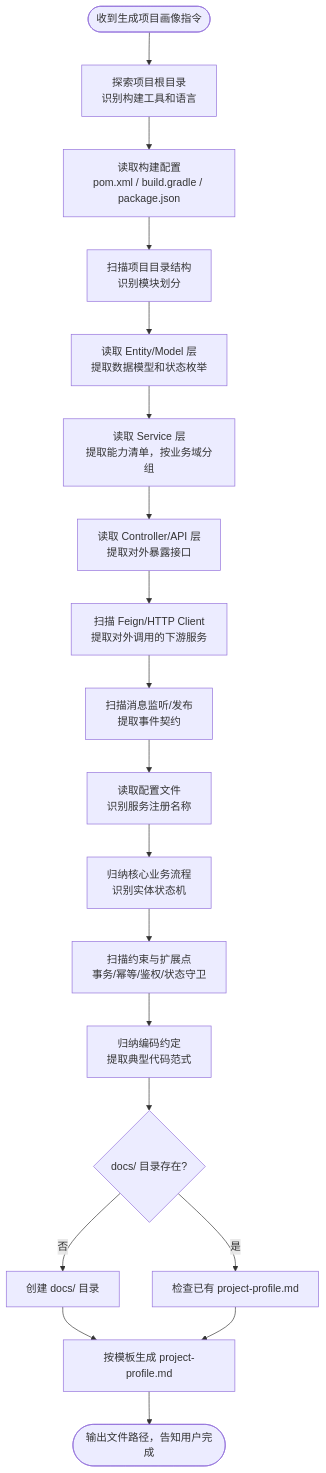
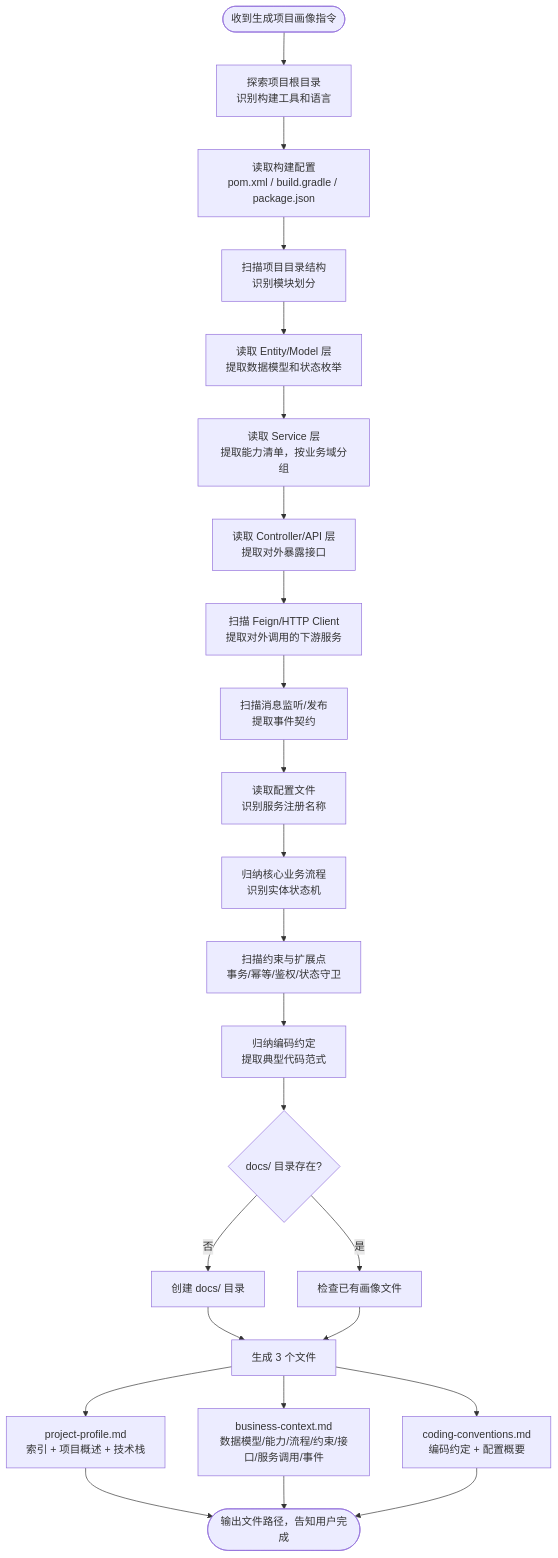
One commit to exception-coder/team-standards changed the diagram in skills/generate-project-profile/SKILL.md. Above: the diagram before and after it, drawn with Mermaid.

Commit message:
chore(standards): auto-sync skills/generate-project-profile/SKILL.md

````diff
--- a/skills/generate-project-profile/SKILL.md
+++ b/skills/generate-project-profile/SKILL.md
@@ -44,21 +44,26 @@
 ```mermaid
 flowchart TD
     A(["收到生成项目画像指令"]) --> B["探索项目根目录<br/>识别构建工具和语言"]
     B --> C["读取构建配置<br/>pom.xml / build.gradle / package.json"]
     C --> D["扫描项目目录结构<br/>识别模块划分"]
     D --> E["读取 Entity/Model 层<br/>提取数据模型和状态枚举"]
     E --> F["读取 Service 层<br/>提取能力清单，按业务域分组"]
     F --> G["读取 Controller/API 层<br/>提取对外暴露接口"]
     G --> G2["扫描 Feign/HTTP Client<br/>提取对外调用的下游服务"]
     G2 --> G3["扫描消息监听/发布<br/>提取事件契约"]
     G3 --> H["读取配置文件<br/>识别服务注册名称"]
     H --> I["归纳核心业务流程<br/>识别实体状态机"]
     I --> I2["扫描约束与扩展点<br/>事务/幂等/鉴权/状态守卫"]
     I2 --> J["归纳编码约定<br/>提取典型代码范式"]
     J --> K{"docs/ 目录存在?"}
     K -->|否| L["创建 docs/ 目录"]
-    K -->|是| M["检查已有 project-profile.md"]
-    L --> N["按模板生成 project-profile.md"]
+    K -->|是| M["检查已有画像文件"]
+    L --> N["生成 3 个文件"]
     M --> N
-    N --> O(["输出文件路径，告知用户完成"])
+    N --> N1["project-profile.md<br/>索引 + 项目概述 + 技术栈"]
+    N --> N2["business-context.md<br/>数据模型/能力/流程/约束/接口/服务调用/事件"]
+    N --> N3["coding-conventions.md<br/>编码约定 + 配置概要"]
+    N1 --> O(["输出文件路径，告知用户完成"])
+    N2 --> O
+    N3 --> O
 ```
````
